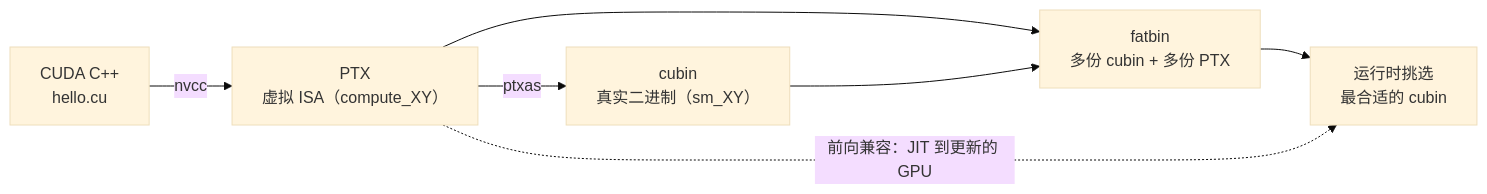
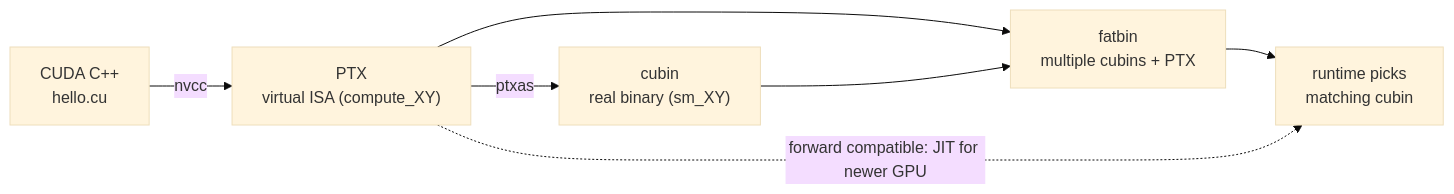
One commit to Korotomx/STD changed the third of 3 diagrams in Artificial_Intelligence/CUDA/学习笔记/C01 Introduction.md. Above: the diagram before and after it, drawn with Mermaid (base theme). The commit also changed other lines of this file and 173 other files, not shown here.

````diff
--- a/Artificial_Intelligence/CUDA/学习笔记/C01 Introduction.md
+++ b/Artificial_Intelligence/CUDA/学习笔记/C01 Introduction.md
@@ -261,9 +91,9 @@
 ```mermaid
 flowchart LR
-    SRC["CUDA C++<br/>hello.cu"] -->|nvcc| PTX["PTX<br/>虚拟 ISA（compute_XY）"]
-    PTX -->|ptxas| CUBIN["cubin<br/>真实二进制（sm_XY）"]
-    PTX --> FAT["fatbin<br/>多份 cubin + 多份 PTX"]
+    SRC["CUDA C++<br/>hello.cu"] -->|nvcc| PTX["PTX<br/>virtual ISA (compute_XY)"]
+    PTX -->|ptxas| CUBIN["cubin<br/>real binary (sm_XY)"]
+    PTX --> FAT["fatbin<br/>multiple cubins + PTX"]
     CUBIN --> FAT
-    FAT --> RUN["运行时挑选<br/>最合适的 cubin"]
-    PTX -. "前向兼容：JIT 到更新的 GPU" .-> RUN
+    FAT --> RUN["runtime picks<br/>matching cubin"]
+    PTX -. "forward compatible: JIT for newer GPU" .-> RUN
 ```
````
